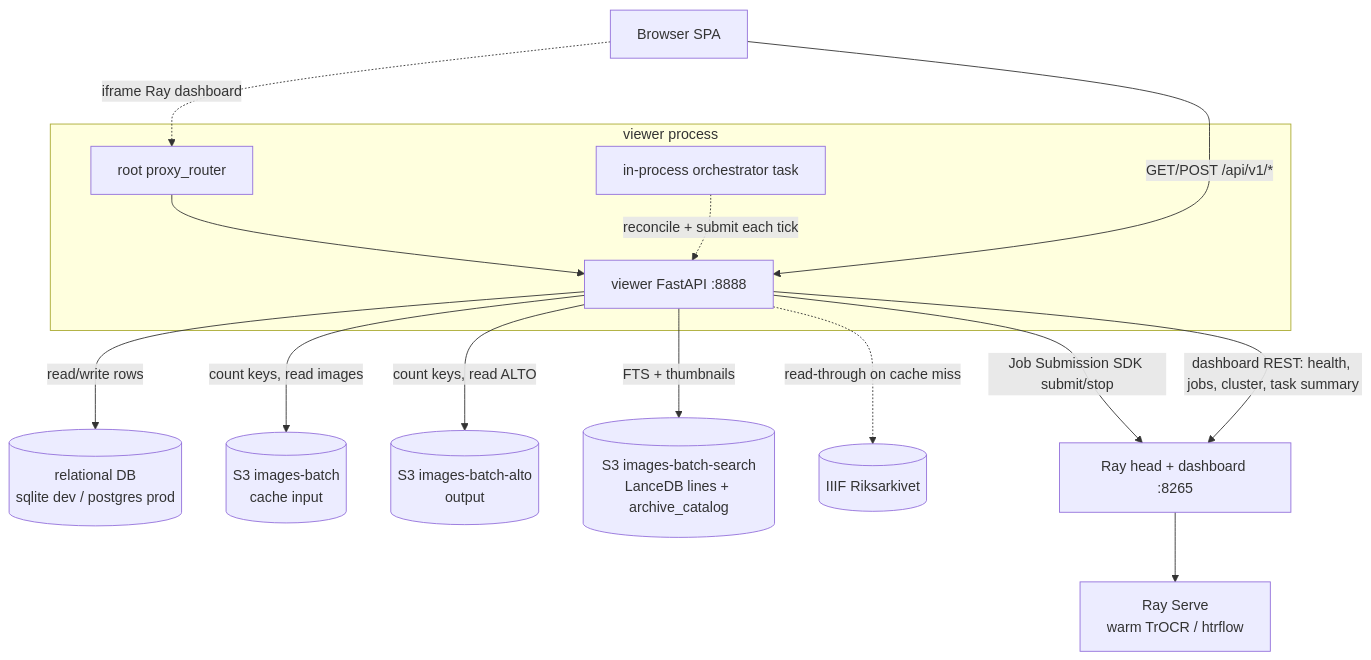
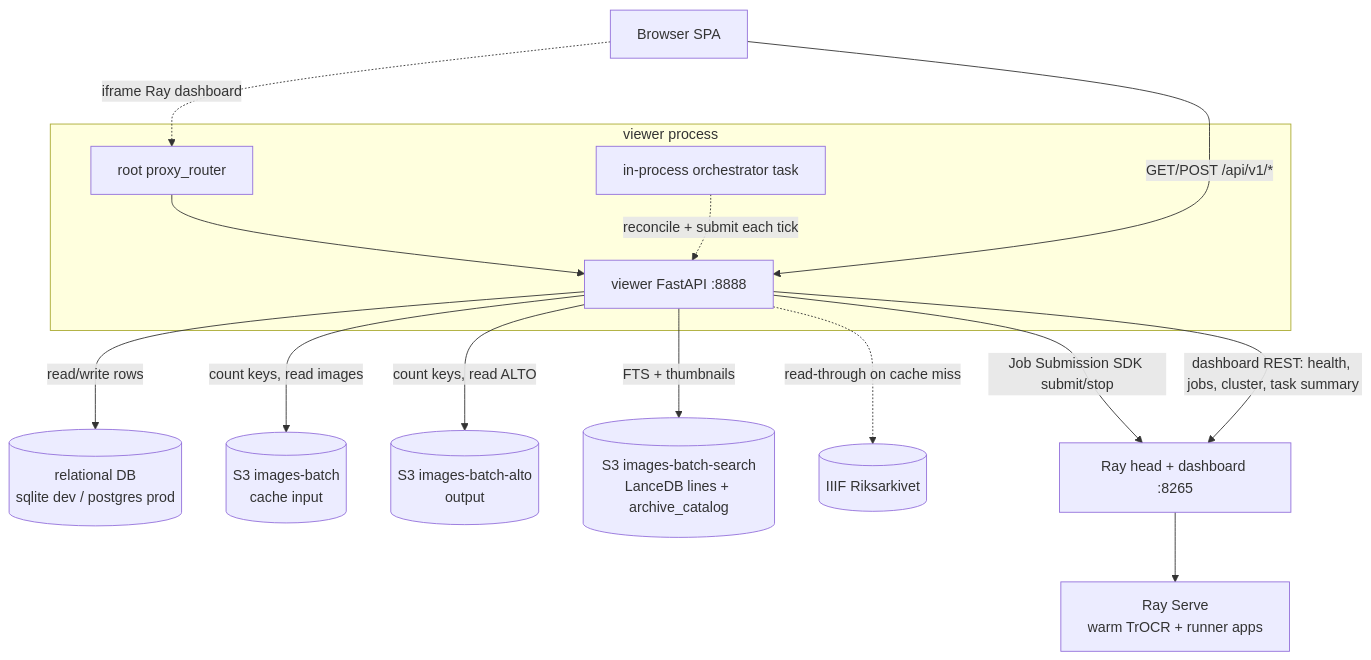
One commit to AI-Riksarkivet/rask changed the second of 9 diagrams in docs/architecture/viewer-design.md. Above: the diagram before and after it, drawn with Mermaid. The commit also changed other lines of this file and 67 other files, not shown here.

````diff
--- a/docs/architecture/viewer-design.md
+++ b/docs/architecture/viewer-design.md
@@ -127,23 +127,23 @@
 ```mermaid
 flowchart TD
   subgraph proc["viewer process"]
     viewer["viewer FastAPI :8888"]
     proxy["root proxy_router"]
     orch["in-process orchestrator task"]
     proxy --> viewer
     orch -.->|"reconcile + submit each tick"| viewer
   end
 
   browser["Browser SPA"] -->|"GET/POST /api/v1/*"| viewer
   browser -.->|"iframe Ray dashboard"| proxy
 
   viewer -->|"read/write rows"| db[("relational DB<br/>sqlite dev / postgres prod")]
   viewer -->|"count keys, read images"| cache[("S3 images-batch<br/>cache input")]
   viewer -->|"count keys, read ALTO"| alto[("S3 images-batch-alto<br/>output")]
   viewer -->|"FTS + thumbnails"| search[("S3 images-batch-search<br/>LanceDB lines + archive_catalog")]
   viewer -.->|"read-through on cache miss"| iiif[("IIIF Riksarkivet")]
 
   viewer -->|"Job Submission SDK submit/stop"| rayhead["Ray head + dashboard :8265"]
   viewer -->|"dashboard REST: health, jobs, cluster, task summary"| rayhead
-  rayhead --> serve["Ray Serve<br/>warm TrOCR / htrflow"]
+  rayhead --> serve["Ray Serve<br/>warm TrOCR + runner apps"]
 ```
````
